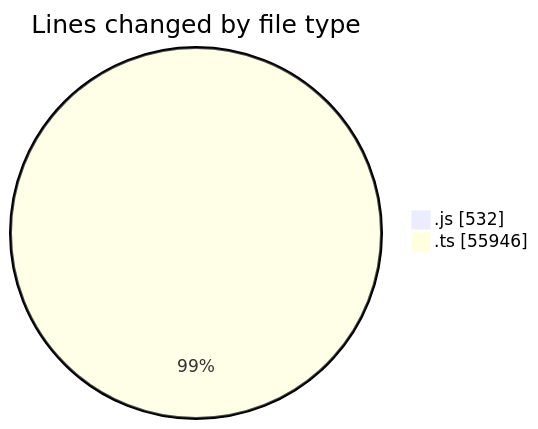
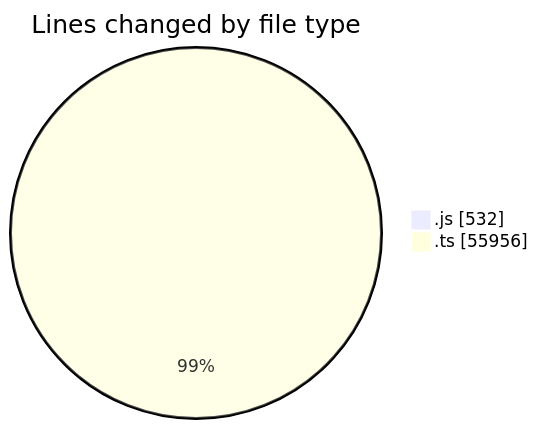
Before and after one commit to momahboobian/code-tracking: the first of 2 diagrams in 2025-06-19/cda/README.md, drawn with Mermaid. The commit also changed other lines of this file and 1 other file, not shown here.

````diff
--- a/2025-06-19/cda/README.md
+++ b/2025-06-19/cda/README.md
@@ -32,6 +32,6 @@
 ```mermaid
 pie showData
 title Lines changed by file type
 ".js" : 532
-".ts" : 55946
+".ts" : 55956
 ```
````
